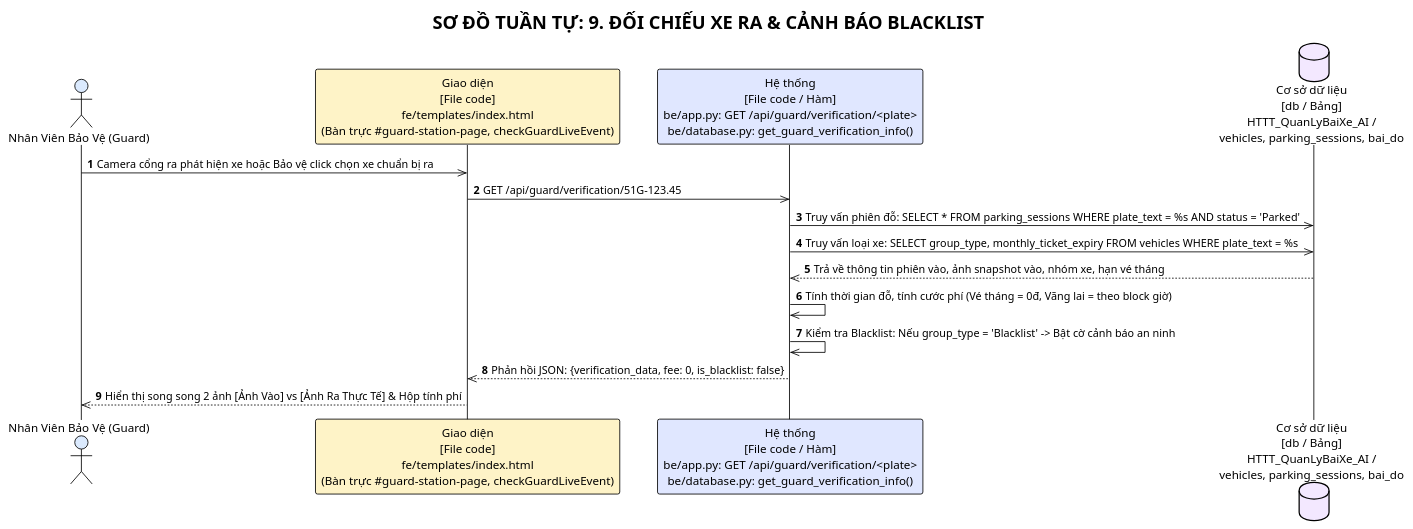
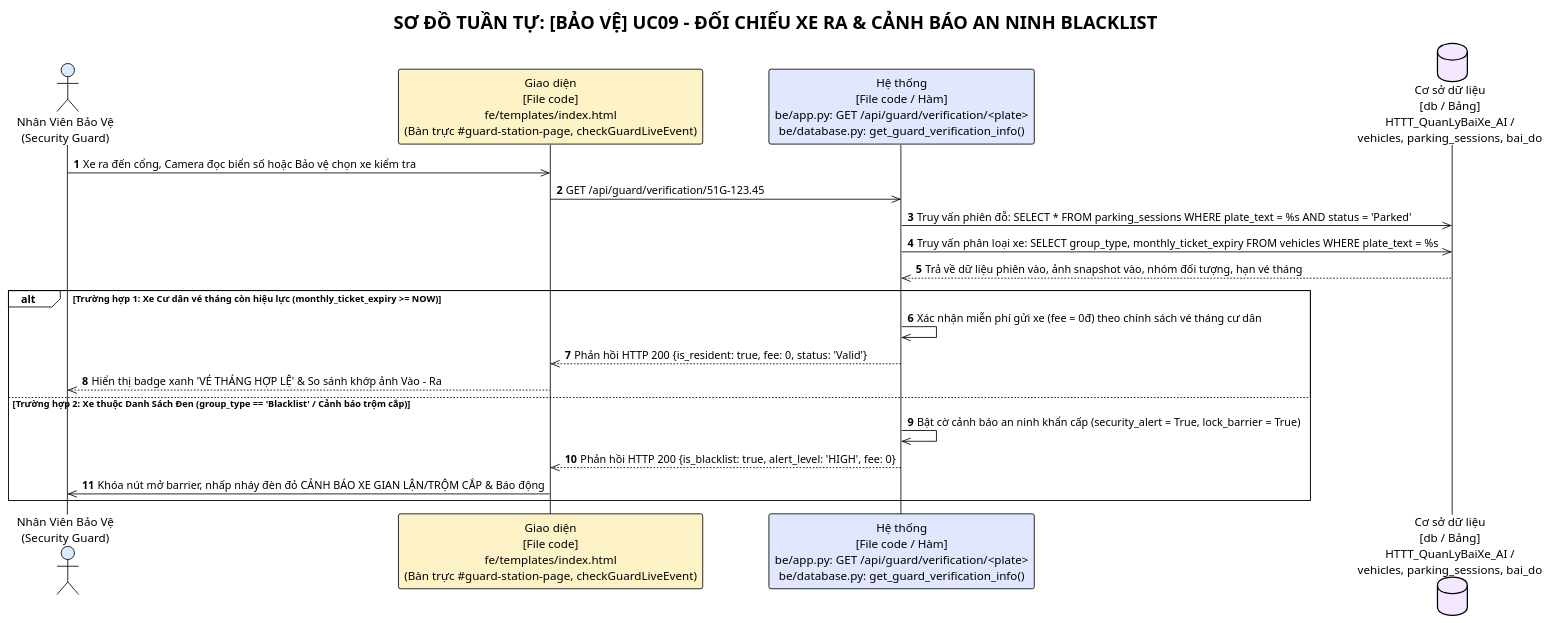
The ninth of 13 diagrams in ongthanquoctruong_24CT2_cnpm/docs/SEQUENCE_DIAGRAMS.puml (Truong027/CNPM24), drawn with PlantUML before and after one commit. The commit also changed other lines of this file and 26 other files, not shown here.

Commit message:
docs: update sequence diagrams with actor stick figures, alt frames, and grouped by actor

```diff
--- a/ongthanquoctruong_24CT2_cnpm/docs/SEQUENCE_DIAGRAMS.puml
+++ b/ongthanquoctruong_24CT2_cnpm/docs/SEQUENCE_DIAGRAMS.puml
@@ -177,21 +241,27 @@
-@startuml uc09_checkout_verification
+@startuml uc09_guard_checkout_verification
 !theme plain
-title SƠ ĐỒ TUẦN TỰ: 9. ĐỐI CHIẾU XE RA & CẢNH BÁO BLACKLIST
+title SƠ ĐỒ TUẦN TỰ: [BẢO VỆ] UC09 - ĐỐI CHIẾU XE RA & CẢNH BÁO AN NINH BLACKLIST
 autonumber
 
-actor "Nhân Viên Bảo Vệ (Guard)" as Actor #DBEAFE
+actor "Nhân Viên Bảo Vệ\n(Security Guard)" as Actor #DBEAFE
 participant "Giao diện\n[File code]\nfe/templates/index.html\n(Bàn trực #guard-station-page, checkGuardLiveEvent)" as UI #FEF3C7
 participant "Hệ thống\n[File code / Hàm]\nbe/app.py: GET /api/guard/verification/<plate>\nbe/database.py: get_guard_verification_info()" as Sys #E0E7FF
 database "Cơ sở dữ liệu\n[db / Bảng]\nHTTT_QuanLyBaiXe_AI /\nvehicles, parking_sessions, bai_do" as DB #F3E8FF
 
-Actor ->> UI: Camera cổng ra phát hiện xe hoặc Bảo vệ click chọn xe chuẩn bị ra
+Actor ->> UI: Xe ra đến cổng, Camera đọc biển số hoặc Bảo vệ chọn xe kiểm tra
 UI ->> Sys: GET /api/guard/verification/51G-123.45
 Sys ->> DB: Truy vấn phiên đỗ: SELECT * FROM parking_sessions WHERE plate_text = %s AND status = 'Parked'
-Sys ->> DB: Truy vấn loại xe: SELECT group_type, monthly_ticket_expiry FROM vehicles WHERE plate_text = %s
-DB -->> Sys: Trả về thông tin phiên vào, ảnh snapshot vào, nhóm xe, hạn vé tháng
-Sys ->> Sys: Tính thời gian đỗ, tính cước phí (Vé tháng = 0đ, Vãng lai = theo block giờ)
-Sys ->> Sys: Kiểm tra Blacklist: Nếu group_type = 'Blacklist' -> Bật cờ cảnh báo an ninh
-Sys -->> UI: Phản hồi JSON: {verification_data, fee: 0, is_blacklist: false}
-UI -->> Actor: Hiển thị song song 2 ảnh [Ảnh Vào] vs [Ảnh Ra Thực Tế] & Hộp tính phí
+Sys ->> DB: Truy vấn phân loại xe: SELECT group_type, monthly_ticket_expiry FROM vehicles WHERE plate_text = %s
+DB -->> Sys: Trả về dữ liệu phiên vào, ảnh snapshot vào, nhóm đối tượng, hạn vé tháng
+
+alt Trường hợp 1: Xe Cư dân vé tháng còn hiệu lực (monthly_ticket_expiry >= NOW)
+    Sys ->> Sys: Xác nhận miễn phí gửi xe (fee = 0đ) theo chính sách vé tháng cư dân
+    Sys -->> UI: Phản hồi HTTP 200 {is_resident: true, fee: 0, status: 'Valid'}
+    UI -->> Actor: Hiển thị badge xanh 'VÉ THÁNG HỢP LỆ' & So sánh khớp ảnh Vào - Ra
+else Trường hợp 2: Xe thuộc Danh Sách Đen (group_type == 'Blacklist' / Cảnh báo trộm cắp)
+    Sys ->> Sys: Bật cờ cảnh báo an ninh khẩn cấp (security_alert = True, lock_barrier = True)
+    Sys -->> UI: Phản hồi HTTP 200 {is_blacklist: true, alert_level: 'HIGH', fee: 0}
+    UI ->> Actor: Khóa nút mở barrier, nhấp nháy đèn đỏ CẢNH BÁO XE GIAN LẬN/TRỘM CẮP & Báo động
+end
 
 @enduml
```
